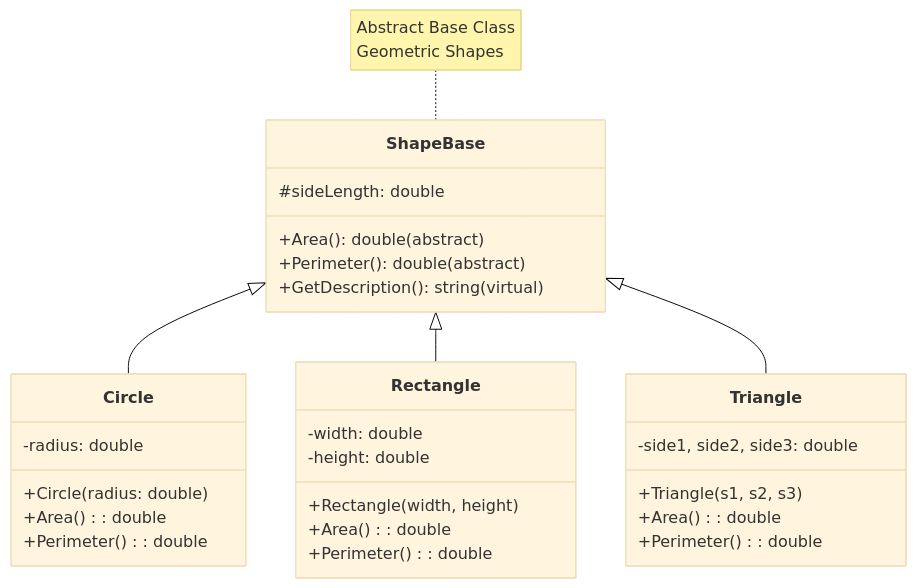
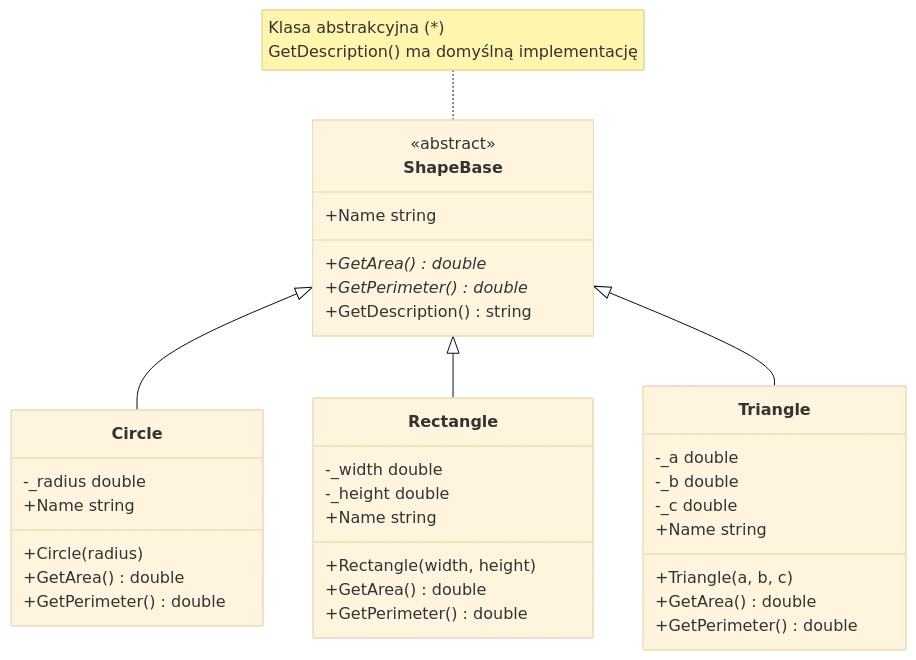
The second of 4 diagrams in src/07-interfejsy_abstrakcje/_01_abstract_classes_intro/diagrams/class_hierarchy.md (tborzyszkowski/csharp-programming), drawn with Mermaid (base theme) before and after one commit. The commit also changed other lines of this file and 12 other files, not shown here.

````diff
--- a/src/07-interfejsy_abstrakcje/_01_abstract_classes_intro/diagrams/class_hierarchy.md
+++ b/src/07-interfejsy_abstrakcje/_01_abstract_classes_intro/diagrams/class_hierarchy.md
@@ -39,42 +36,48 @@
 ```mermaid
 classDiagram
     direction TB
     
     %% Abstract Base Class
     class ShapeBase {
-        #sideLength: double
-        +Area(): double (abstract)
-        +Perimeter(): double (abstract)
-        +GetDescription(): string (virtual)
+        <<abstract>>
+        +Name string
+        +GetArea()* double
+        +GetPerimeter()* double
+        +GetDescription() string
     }
     
     %% Concrete Shape Classes
     class Circle {
-        -radius: double
-        +Circle(radius: double)
-        +Area(): double
-        +Perimeter(): double
+        -_radius double
+        +Circle(radius)
+        +Name string
+        +GetArea() double
+        +GetPerimeter() double
     }
     
     class Rectangle {
-        -width: double
-        -height: double
+        -_width double
+        -_height double
         +Rectangle(width, height)
-        +Area(): double
-        +Perimeter(): double
+        +Name string
+        +GetArea() double
+        +GetPerimeter() double
     }
     
     class Triangle {
-        -side1, side2, side3: double
-        +Triangle(s1, s2, s3)
-        +Area(): double
-        +Perimeter(): double
+        -_a double
+        -_b double
+        -_c double
+        +Triangle(a, b, c)
+        +Name string
+        +GetArea() double
+        +GetPerimeter() double
     }
     
     %% Relationships
     ShapeBase <|-- Circle
     ShapeBase <|-- Rectangle
     ShapeBase <|-- Triangle
     
-    note for ShapeBase "Abstract Base Class<br/>Geometric Shapes"
+    note for ShapeBase "Klasa abstrakcyjna (*)<br/>GetDescription() ma domyślną implementację"
 ```
````
